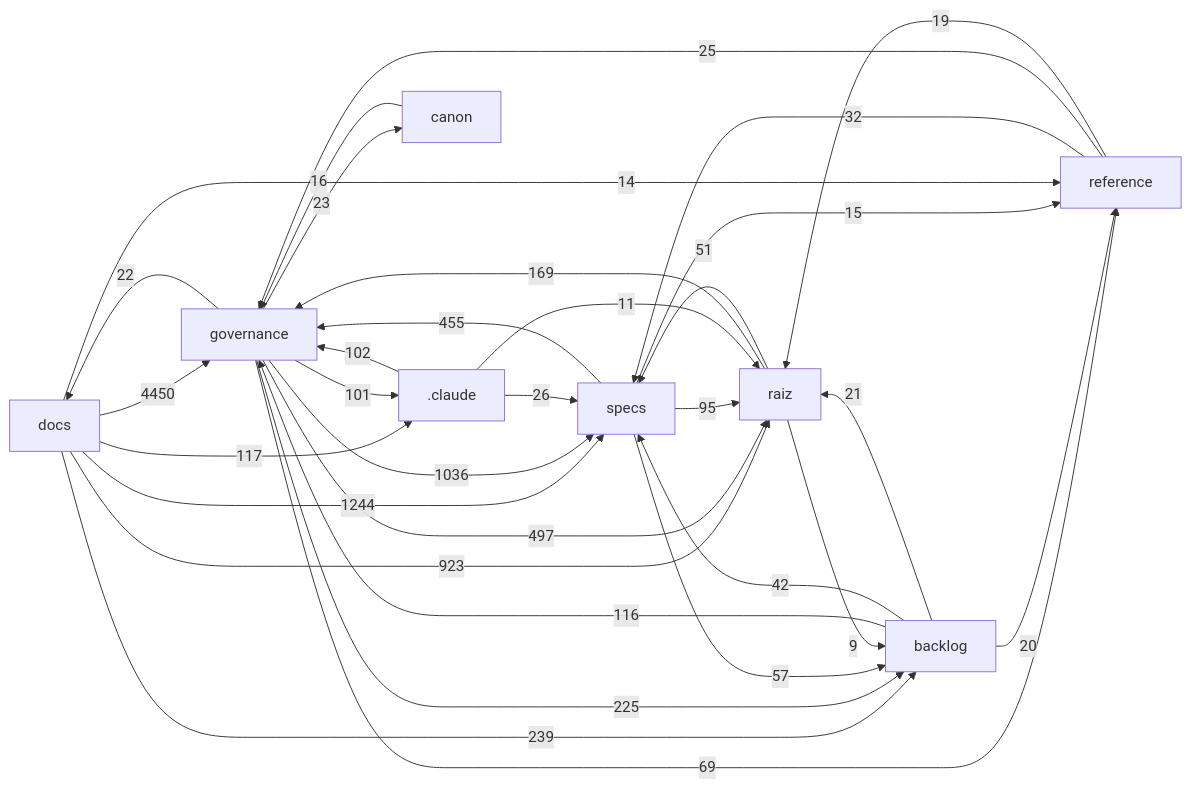
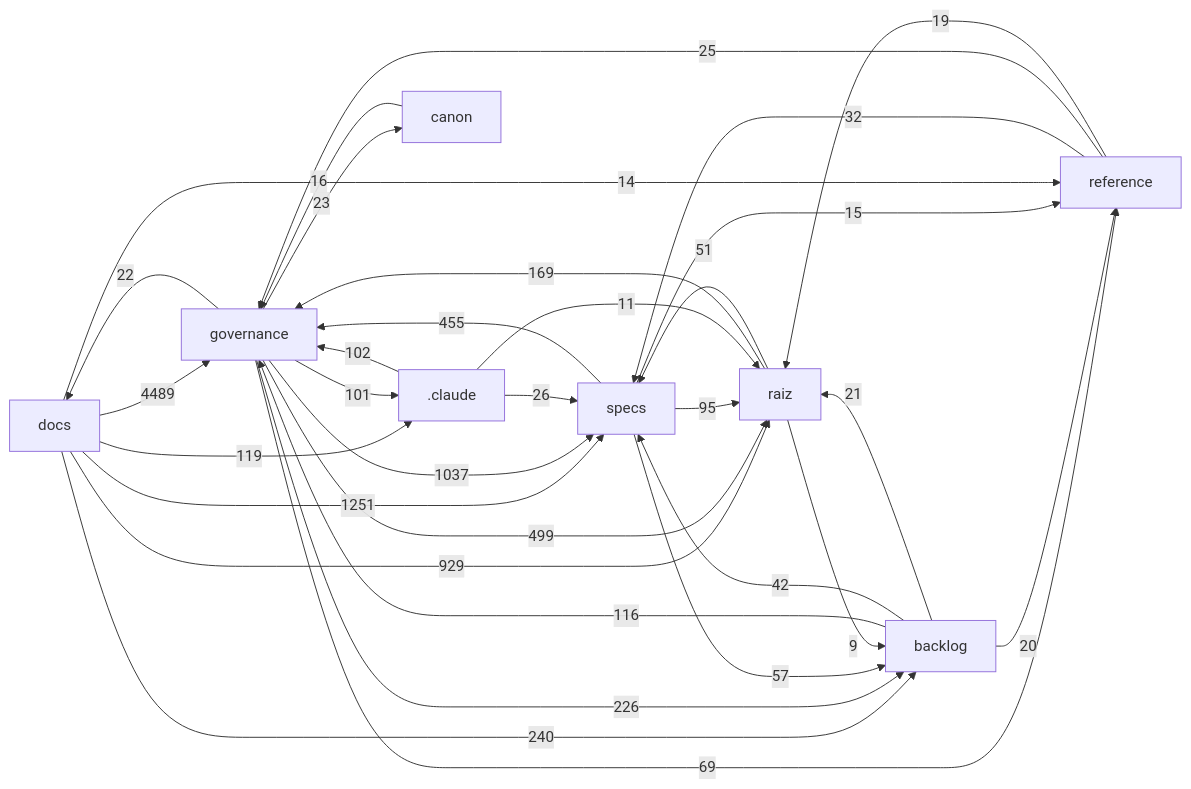
The diagram in docs/mapa/MAPA-PROJETO.md (Andraus35/Sistema-Operacional-de-Trading--SOT), drawn with Mermaid before and after one commit. The commit also changed other lines of this file and 4 other files, not shown here.

````diff
--- a/docs/mapa/MAPA-PROJETO.md
+++ b/docs/mapa/MAPA-PROJETO.md
@@ -29,34 +29,34 @@
 ```mermaid
 flowchart LR
-  docs["docs"] -->|4450| governance["governance"]
-  docs["docs"] -->|1244| specs["specs"]
-  governance["governance"] -->|1036| specs["specs"]
-  docs["docs"] -->|923| raiz["raiz"]
-  governance["governance"] -->|497| raiz["raiz"]
+  docs["docs"] -->|4489| governance["governance"]
+  docs["docs"] -->|1251| specs["specs"]
+  governance["governance"] -->|1037| specs["specs"]
+  docs["docs"] -->|929| raiz["raiz"]
+  governance["governance"] -->|499| raiz["raiz"]
   specs["specs"] -->|455| governance["governance"]
-  docs["docs"] -->|239| backlog["backlog"]
-  governance["governance"] -->|225| backlog["backlog"]
+  docs["docs"] -->|240| backlog["backlog"]
+  governance["governance"] -->|226| backlog["backlog"]
   raiz["raiz"] -->|169| governance["governance"]
-  docs["docs"] -->|117| _claude[".claude"]
+  docs["docs"] -->|119| _claude[".claude"]
   backlog["backlog"] -->|116| governance["governance"]
   _claude[".claude"] -->|102| governance["governance"]
   governance["governance"] -->|101| _claude[".claude"]
   specs["specs"] -->|95| raiz["raiz"]
   governance["governance"] -->|69| reference["reference"]
   specs["specs"] -->|57| backlog["backlog"]
   raiz["raiz"] -->|51| specs["specs"]
   backlog["backlog"] -->|42| specs["specs"]
   reference["reference"] -->|32| specs["specs"]
   _claude[".claude"] -->|26| specs["specs"]
   reference["reference"] -->|25| governance["governance"]
   governance["governance"] -->|23| canon["canon"]
   governance["governance"] -->|22| docs["docs"]
   backlog["backlog"] -->|21| raiz["raiz"]
   backlog["backlog"] -->|20| reference["reference"]
   reference["reference"] -->|19| raiz["raiz"]
   canon["canon"] -->|16| governance["governance"]
   specs["specs"] -->|15| reference["reference"]
   docs["docs"] -->|14| reference["reference"]
   _claude[".claude"] -->|11| raiz["raiz"]
   raiz["raiz"] -->|9| backlog["backlog"]
 ```
````
